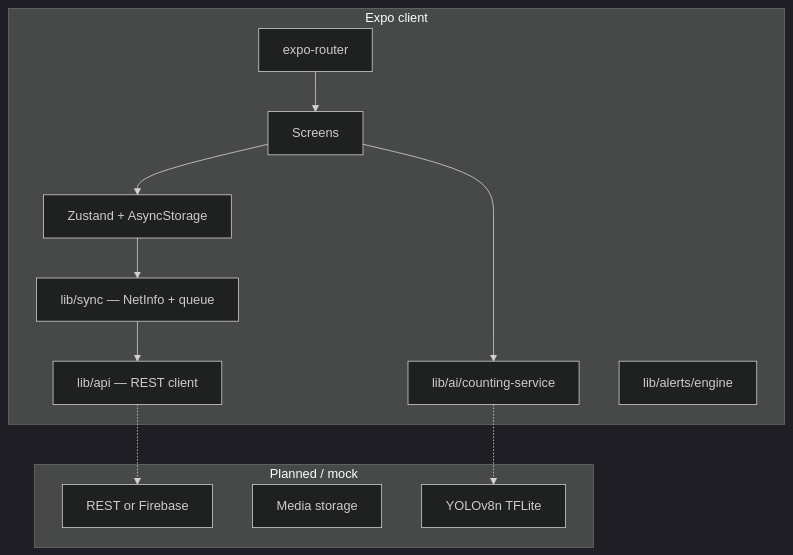
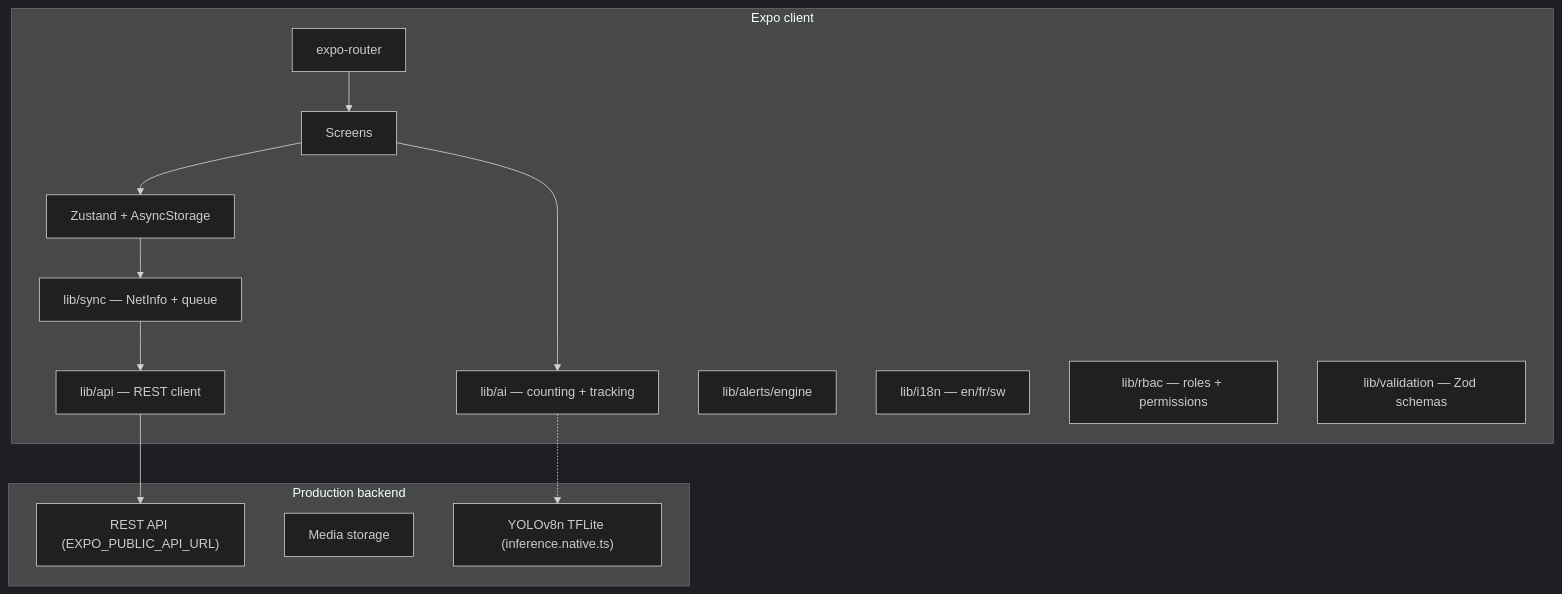
Before and after one commit to kn0xXx101/aniFarm: the diagram in docs/ARCHITECTURE.md, drawn with Mermaid (dark theme). The commit also changed other lines of this file, not shown here.

First line of the commit message:
docs: sync ARCHITECTURE.md with actual codebase state

````diff
--- a/docs/ARCHITECTURE.md
+++ b/docs/ARCHITECTURE.md
@@ -11,26 +11,29 @@
 ```mermaid
 flowchart TB
   subgraph Client["Expo client"]
     Router["expo-router"]
     UI["Screens"]
     Stores["Zustand + AsyncStorage"]
     API["lib/api — REST client"]
-    AI["lib/ai/counting-service"]
+    AI["lib/ai — counting + tracking"]
     Sync["lib/sync — NetInfo + queue"]
     Alerts["lib/alerts/engine"]
+    I18n["lib/i18n — en/fr/sw"]
+    RBAC["lib/rbac — roles + permissions"]
+    Validation["lib/validation — Zod schemas"]
   end
 
-  subgraph Backend["Planned / mock"]
-    REST["REST or Firebase"]
+  subgraph Backend["Production backend"]
+    REST["REST API (EXPO_PUBLIC_API_URL)"]
     Storage["Media storage"]
-    ML["YOLOv8n TFLite"]
+    ML["YOLOv8n TFLite (inference.native.ts)"]
   end
 
   Router --> UI
   UI --> Stores
   UI --> AI
   Stores --> Sync
   Sync --> API
-  API -.-> REST
+  API --> REST
   AI -.-> ML
 ```
````
